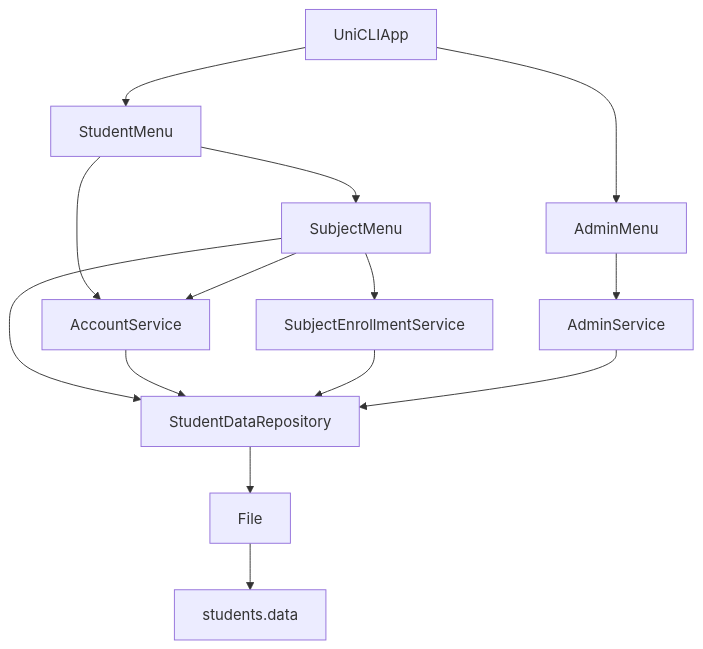
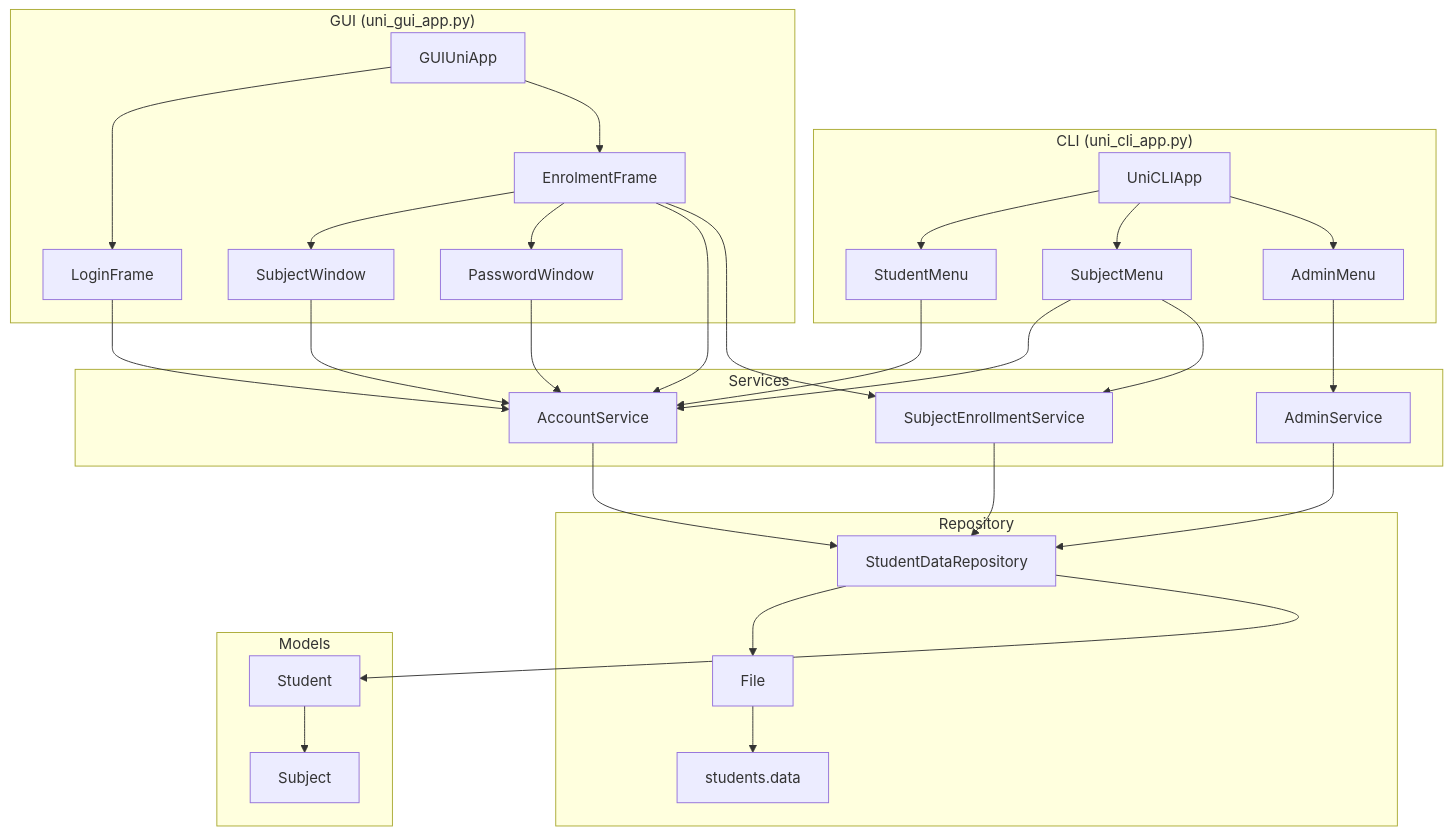
Before and after one commit to shutingst0/uni-app: the first of 2 diagrams in README.md, drawn with Mermaid. The commit also changed other lines of this file and 2 other files, not shown here.

Commit message:
implement gui app

````diff
--- a/README.md
+++ b/README.md
@@ -13,16 +17,60 @@
 ```mermaid
 graph TD
-    UniCLIApp --> StudentMenu
-    UniCLIApp --> AdminMenu
-    StudentMenu --> SubjectMenu
+    subgraph CLI ["CLI (uni_cli_app.py)"]
+        UniCLIApp
+        StudentMenu
+        SubjectMenu
+        AdminMenu
+        UniCLIApp --> StudentMenu
+        UniCLIApp --> SubjectMenu
+        UniCLIApp --> AdminMenu
+    end
+
+    subgraph GUI ["GUI (uni_gui_app.py)"]
+        GUIUniApp
+        LoginFrame
+        EnrolmentFrame
+        SubjectWindow
+        PasswordWindow
+        GUIUniApp --> LoginFrame
+        GUIUniApp --> EnrolmentFrame
+        EnrolmentFrame --> SubjectWindow
+        EnrolmentFrame --> PasswordWindow
+    end
+
+    subgraph Services ["Services"]
+        AccountService
+        SubjectEnrollmentService
+        AdminService
+    end
+
+    subgraph Repository ["Repository"]
+        StudentDataRepository
+        File
+        StudentDataRepository --> File
+        File --> students.data
+    end
+
+    subgraph Models ["Models"]
+        Student
+        Subject
+    end
+
     StudentMenu --> AccountService
     SubjectMenu --> AccountService
     SubjectMenu --> SubjectEnrollmentService
-    SubjectMenu --> StudentDataRepository
     AdminMenu --> AdminService
+
+    LoginFrame --> AccountService
+    EnrolmentFrame --> AccountService
+    EnrolmentFrame --> SubjectEnrollmentService
+    SubjectWindow --> AccountService
+    PasswordWindow --> AccountService
+
     AccountService --> StudentDataRepository
     SubjectEnrollmentService --> StudentDataRepository
     AdminService --> StudentDataRepository
-    StudentDataRepository --> File
-    File --> students.data
+
+    StudentDataRepository --> Student
+    Student --> Subject
 ```
````
